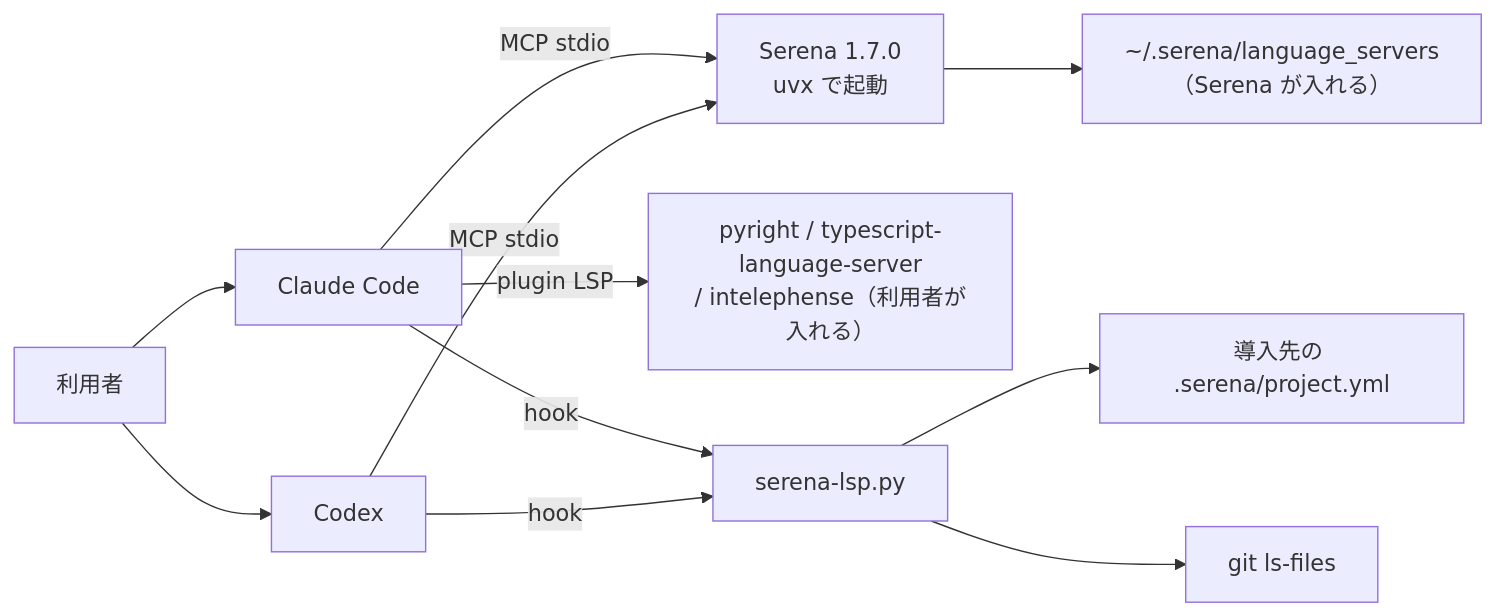
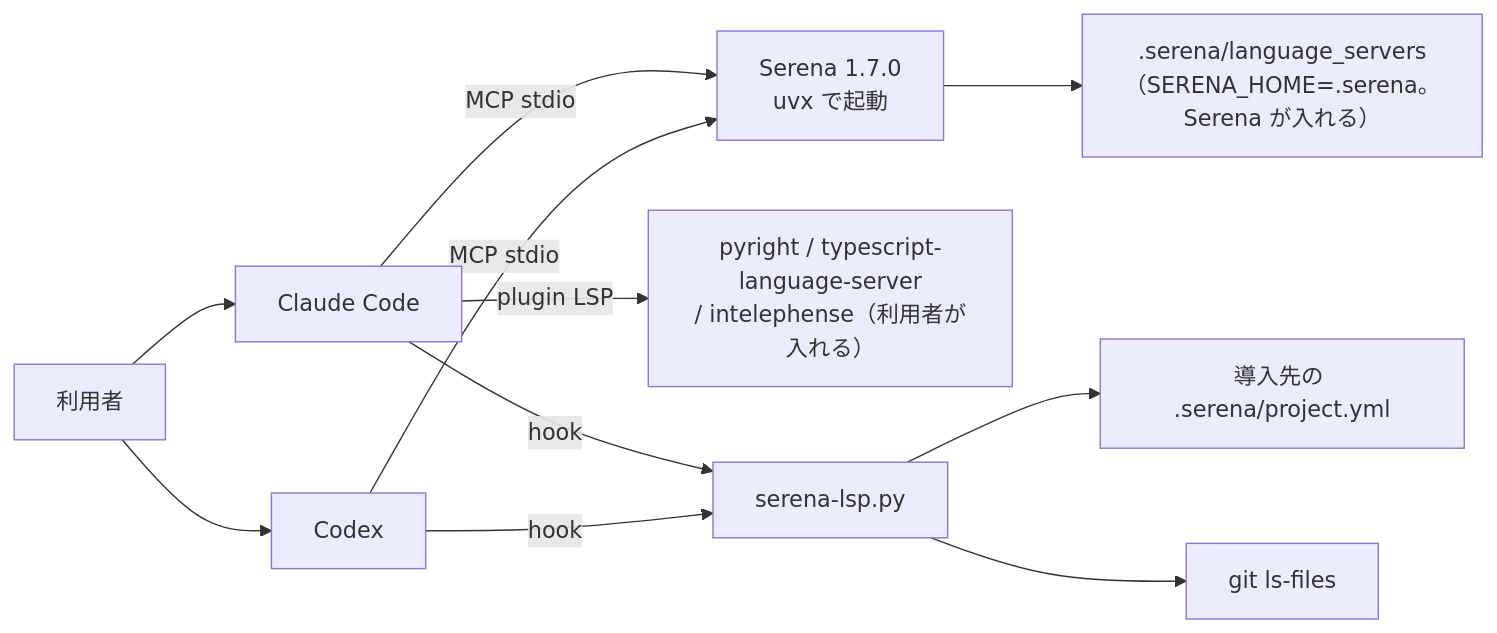
Before and after one commit to devbasex/ai-plugins: the second of 4 diagrams in issues/issue-818-design.md, drawn with Mermaid. The commit also changed other lines of this file and 3 other files, not shown here.

First line of the commit message:
Docs: #818 レビューの指摘を設計文書へ反映する（ツール数の内訳・SERENA_HOME・追加の検査・Codex の hook の実機確認）

````diff
--- a/issues/issue-818-design.md
+++ b/issues/issue-818-design.md
@@ -177,13 +177,13 @@
 ```mermaid
 graph LR
   U["利用者"] --> CC["Claude Code"]
   U --> CX["Codex"]
   CC -->|"MCP stdio"| SE["Serena 1.7.0<br/>uvx で起動"]
   CX -->|"MCP stdio"| SE
   CC -->|"plugin LSP"| LS["pyright / typescript-language-server<br/>/ intelephense（利用者が入れる）"]
-  SE --> SLS["~/.serena/language_servers<br/>（Serena が入れる）"]
+  SE --> SLS[".serena/language_servers<br/>（SERENA_HOME=.serena。Serena が入れる）"]
   CC -->|"hook"| CLI["serena-lsp.py"]
   CX -->|"hook"| CLI
   CLI --> PYML["導入先の .serena/project.yml"]
   CLI --> GIT["git ls-files"]
 ```
````
